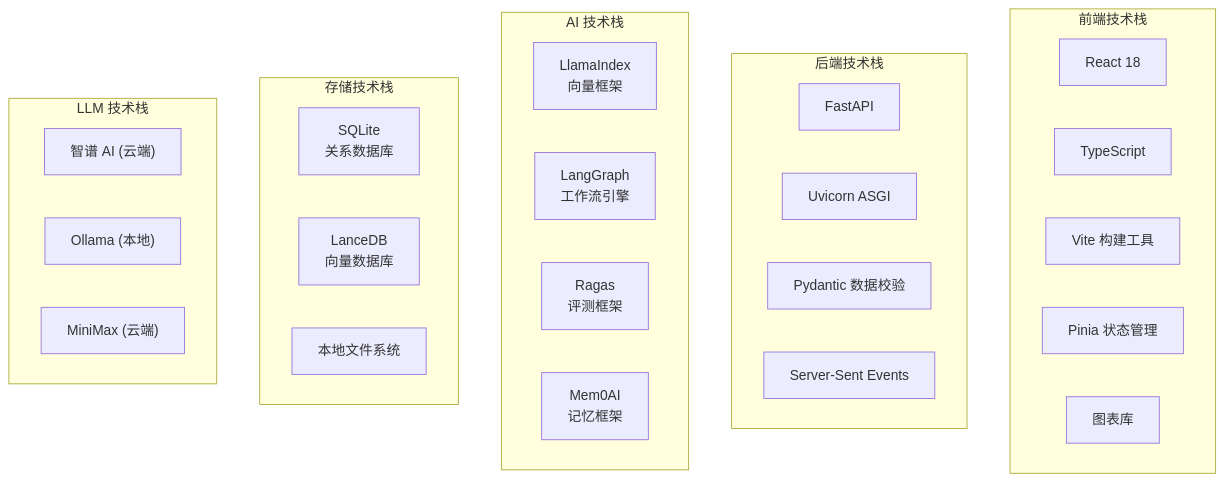
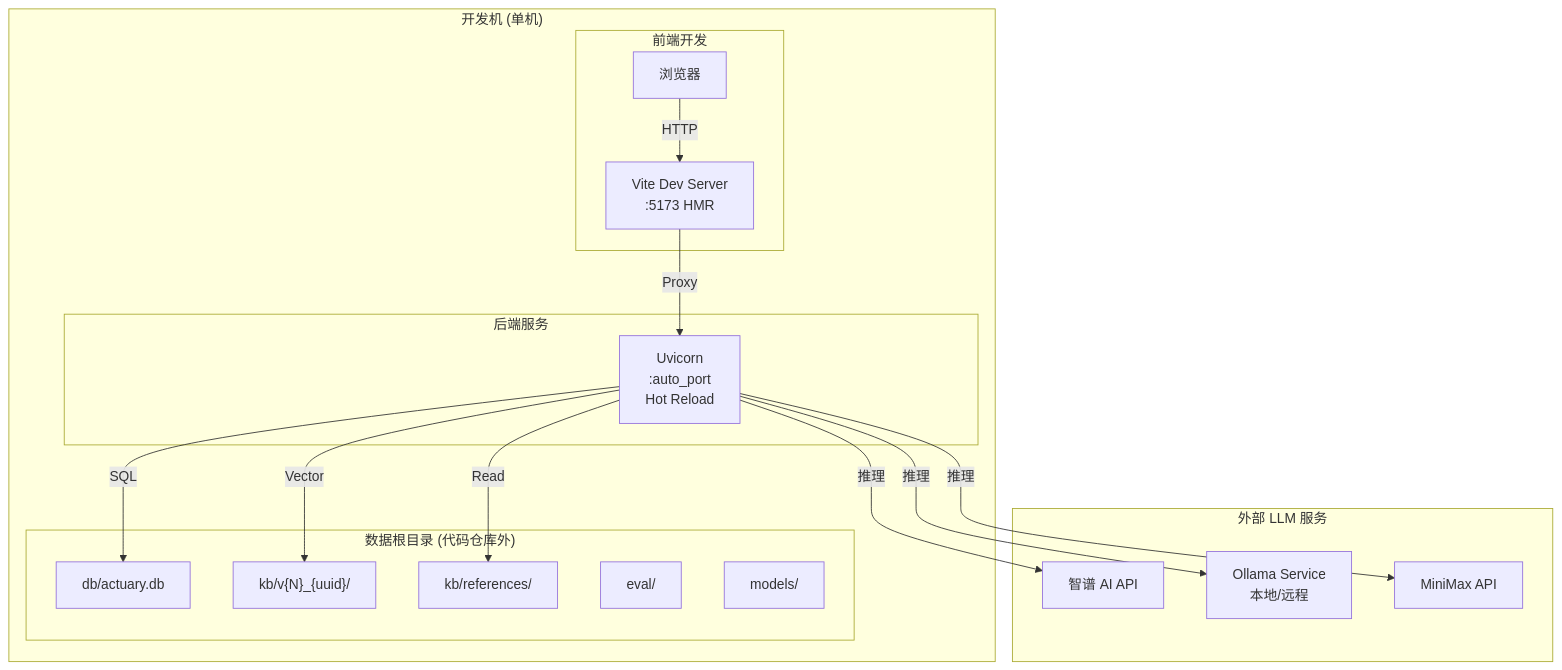
Before and after one commit to bleakplain/actuary-sleuth: diagram 12 of 14 in specs/architecture/architecture-4a.md, drawn with Mermaid. The commit also changed other lines of this file, not shown here.

````diff
--- a/specs/architecture/architecture-4a.md
+++ b/specs/architecture/architecture-4a.md
@@ -445,36 +605,33 @@
 ```mermaid
 graph TB
-    subgraph Frontend["前端技术栈"]
-        React["React 18"]
-        TS["TypeScript"]
-        Vite["Vite 构建工具"]
-        Pinia["Pinia 状态管理"]
-        ChartLib["图表库"]
+    subgraph DevHost["开发机 (单机)"]
+        subgraph FrontendDev["前端开发"]
+            ViteDev["Vite Dev Server<br/>:5173 HMR"]
+            Browser["浏览器"]
+        end
+
+        subgraph BackendDev["后端服务"]
+            UvicornProc["Uvicorn<br/>:auto_port<br/>Hot Reload"]
+        end
+
+        subgraph DataDir["数据根目录 (代码仓库外)"]
+            SQLiteFile["db/actuary.db"]
+            KBDir["kb/v{N}_{uuid}/"]
+            RefDir["kb/references/"]
+            EvalDir["eval/"]
+            ModelDir["models/"]
+        end
     end
 
-    subgraph Backend["后端技术栈"]
-        FastAPI["FastAPI"]
-        Uvicorn["Uvicorn ASGI"]
-        Pydantic["Pydantic 数据校验"]
-        SSE["Server-Sent Events"]
+    subgraph ExternalLLM["外部 LLM 服务"]
+        ZhipuAPI["智谱 AI API"]
+        OllamaSVC["Ollama Service<br/>本地/远程"]
+        MiniMaxAPI["MiniMax API"]
     end
 
-    subgraph AI["AI 技术栈"]
-        LlamaIndex["LlamaIndex<br/>向量框架"]
-        LangGraph["LangGraph<br/>工作流引擎"]
-        Ragas["Ragas<br/>评测框架"]
-        Mem0AI["Mem0AI<br/>记忆框架"]
-    end
-
-    subgraph Storage["存储技术栈"]
-        SQLite_T["SQLite<br/>关系数据库"]
-        LanceDB_T["LanceDB<br/>向量数据库"]
-        FS_T["本地文件系统"]
-    end
-
-    subgraph LLM_Stack["LLM 技术栈"]
-        Zhipu_T["智谱 AI (云端)"]
-        Ollama_T["Ollama (本地)"]
-        Minimax_T["MiniMax (云端)"]
-    end
+    Browser -->|"HTTP"| ViteDev -->|"Proxy"| UvicornProc
+    UvicornProc -->|"SQL"| SQLiteFile
+    UvicornProc -->|"Vector"| KBDir
+    UvicornProc -->|"Read"| RefDir
+    UvicornProc -->|"推理"| ZhipuAPI & OllamaSVC & MiniMaxAPI
 ```
````
